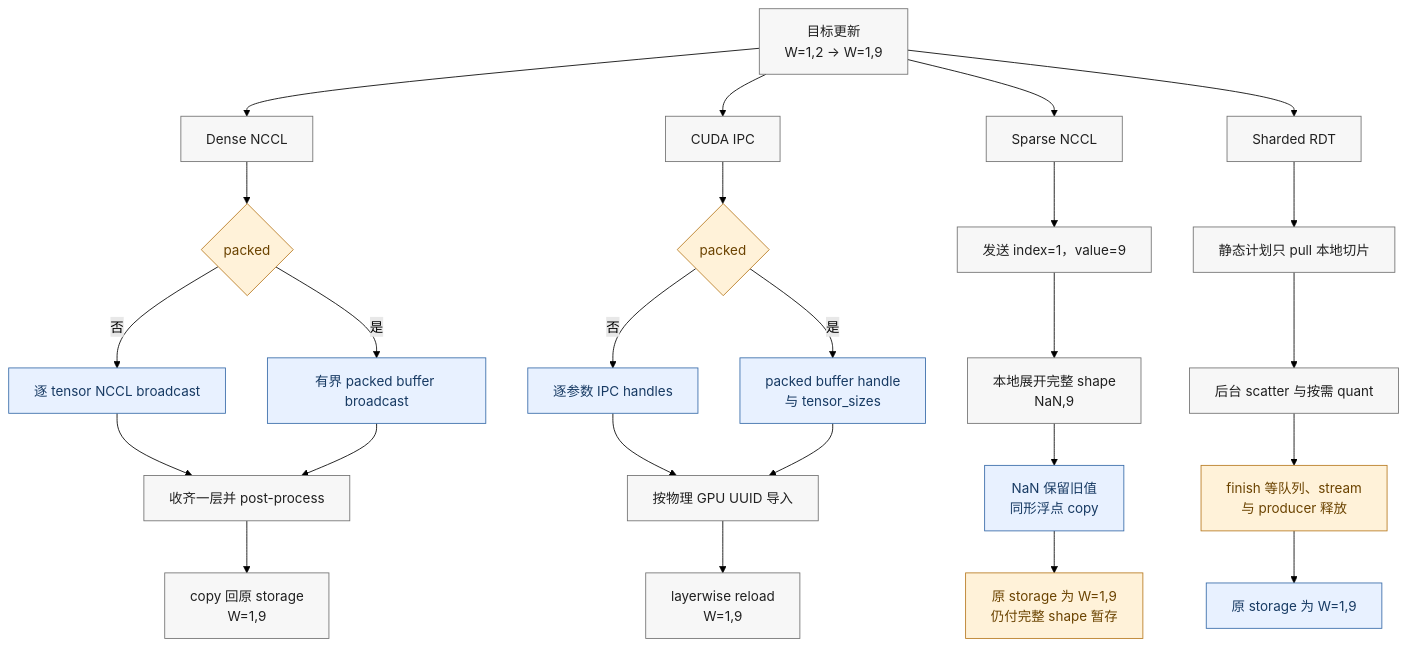
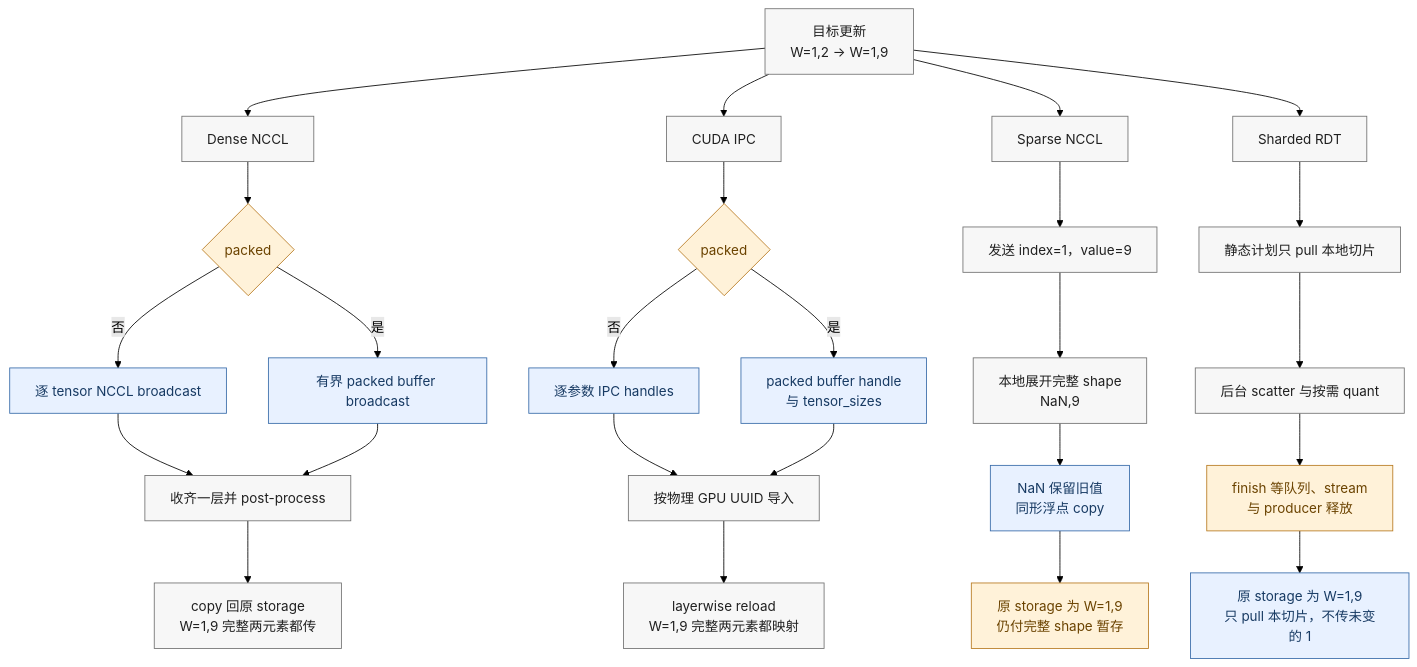
The second of 3 diagrams in wiki/02_engineering/03_infer_frameworks/vllm/25_vllm_weight_transfer_online_update_analysis.md (suhaibo666/llm-knowledge), drawn with Mermaid (forest theme) before and after one commit. The commit also changed other lines of this file and 59 other files, not shown here.

````diff
--- a/wiki/02_engineering/03_infer_frameworks/vllm/25_vllm_weight_transfer_online_update_analysis.md
+++ b/wiki/02_engineering/03_infer_frameworks/vllm/25_vllm_weight_transfer_online_update_analysis.md
@@ -180,37 +180,37 @@
 ```mermaid
 flowchart TB
     W["目标更新<br/>W=1,2 → W=1,9"] --> D["Dense NCCL"]
     W --> I["CUDA IPC"]
     W --> S["Sparse NCCL"]
     W --> R["Sharded RDT"]
 
     D --> DU{"packed"}
     DU -->|否| DB["逐 tensor NCCL broadcast"]
     DU -->|是| DP["有界 packed buffer broadcast"]
     DB --> DL["收齐一层并 post-process"]
     DP --> DL
-    DL --> DO["copy 回原 storage<br/>W=1,9"]
+    DL --> DO["copy 回原 storage<br/>W=1,9 完整两元素都传"]
 
     I --> IU{"packed"}
     IU -->|否| IH["逐参数 IPC handles"]
     IU -->|是| IP["packed buffer handle<br/>与 tensor_sizes"]
     IH --> IR["按物理 GPU UUID 导入"]
     IP --> IR
-    IR --> IO["layerwise reload<br/>W=1,9"]
+    IR --> IO["layerwise reload<br/>W=1,9 完整两元素都映射"]
 
     S --> SX["发送 index=1，value=9"]
     SX --> SN["本地展开完整 shape<br/>NaN,9"]
     SN --> SC["NaN 保留旧值<br/>同形浮点 copy"]
     SC --> SO["原 storage 为 W=1,9<br/>仍付完整 shape 暂存"]
 
     R --> RS["静态计划只 pull 本地切片"]
     RS --> RP["后台 scatter 与按需 quant"]
     RP --> RF["finish 等队列、stream<br/>与 producer 释放"]
-    RF --> RO["原 storage 为 W=1,9"]
+    RF --> RO["原 storage 为 W=1,9<br/>只 pull 本切片，不传未变的 1"]
 
     classDef default fill:#f7f7f7,stroke:#707070,color:#202020
     classDef acc1 fill:#e8f1ff,stroke:#3569a8,color:#173a63
     classDef acc2 fill:#fff2d9,stroke:#b7791f,color:#6b4300
     class DB,DP,IH,IP,SC,RO acc1
     class DU,IU,SO,RF acc2
 ```
````
